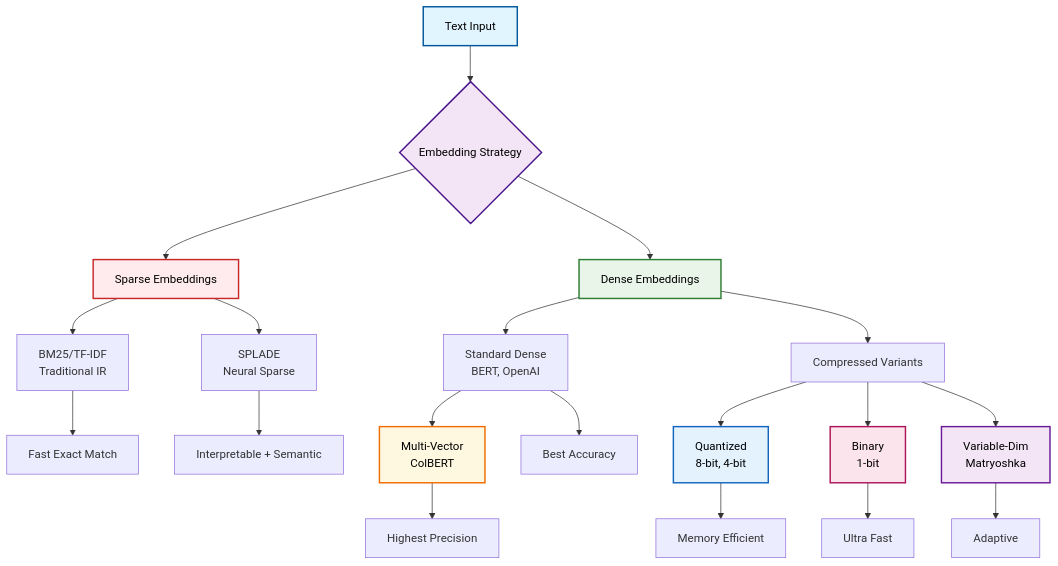
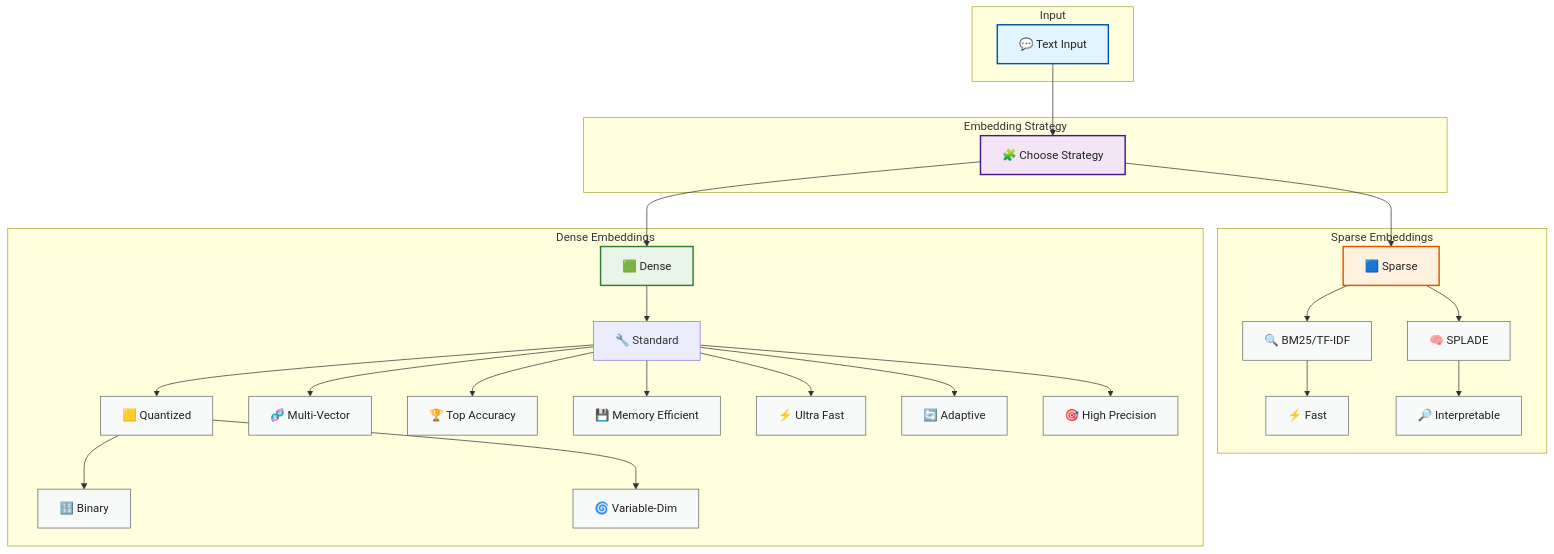
Before and after one commit to raphaelmansuy/tutorials: the first of 2 diagrams in 32_embeddings/03_embedding_types.md, drawn with Mermaid. The commit also changed other lines of this file and 6 other files, not shown here.

````diff
--- a/32_embeddings/03_embedding_types.md
+++ b/32_embeddings/03_embedding_types.md
@@ -20,36 +19,61 @@
 ```mermaid
-graph TD
-    A[Text Input] --> B{Embedding Strategy}
-    
-    B --> C[Sparse Embeddings]
-    B --> D[Dense Embeddings]
-    
-    C --> C1[BM25/TF-IDF<br/>Traditional IR]
-    C --> C2[SPLADE<br/>Neural Sparse]
-    
-    D --> D1[Standard Dense<br/>BERT, OpenAI]
-    D --> D2[Compressed Variants]
-    
-    D2 --> E[Quantized<br/>8-bit, 4-bit]
-    D2 --> F[Binary<br/>1-bit]
-    D2 --> G[Variable-Dim<br/>Matryoshka]
-    
-    D1 --> H[Multi-Vector<br/>ColBERT]
-    
-    C1 --> I[Fast Exact Match]
-    C2 --> J[Interpretable + Semantic]
-    D1 --> K[Best Accuracy]
-    E --> L[Memory Efficient]
-    F --> M[Ultra Fast]
-    G --> N[Adaptive]
-    H --> O[Highest Precision]
-    
-    style A fill:#e1f5fe,stroke:#01579b,stroke-width:2px,color:#000
-    style B fill:#f3e5f5,stroke:#4a148c,stroke-width:2px,color:#000
-    style C fill:#ffebee,stroke:#c62828,stroke-width:2px,color:#000
-    style D fill:#e8f5e8,stroke:#2e7d32,stroke-width:2px,color:#000
-    style E fill:#e3f2fd,stroke:#1565c0,stroke-width:2px,color:#000
-    style F fill:#fce4ec,stroke:#ad1457,stroke-width:2px,color:#000
-    style G fill:#f3e5f5,stroke:#6a1b9a,stroke-width:2px,color:#000
-    style H fill:#fff8e1,stroke:#ef6c00,stroke-width:2px,color:#000
+flowchart TD
+    %% Input and Strategy
+    subgraph "Input"
+        Text[💬 Text Input]
+    end
+    subgraph "Embedding Strategy"
+        Strategy[🧩 Choose Strategy]
+    end
+    %% Sparse Path
+    subgraph "Sparse Embeddings"
+        Sparse[🟦 Sparse]
+        BM25[🔍 BM25/TF-IDF]
+        SPLADE[🧠 SPLADE]
+        Fast[⚡ Fast]
+        Interp[🔎 Interpretable]
+    end
+    %% Dense Path
+    subgraph "Dense Embeddings"
+        Dense[🟩 Dense]
+        StdDense[🔧 Standard]
+        Quant[🟨 Quantized]
+        Binary[🔢 Binary]
+        VarDim[🌀 Variable-Dim]
+        Multi[🧬 Multi-Vector]
+        Best[🏆 Top Accuracy]
+        MemEff[💾 Memory Efficient]
+        Ultra[⚡ Ultra Fast]
+        Adapt[🔄 Adaptive]
+        Precise[🎯 High Precision]
+    end
+    %% Connections
+    Text --> Strategy
+    Strategy --> Sparse
+    Strategy --> Dense
+    Sparse --> BM25
+    Sparse --> SPLADE
+    BM25 --> Fast
+    SPLADE --> Interp
+    Dense --> StdDense
+    StdDense --> Multi
+    StdDense --> Best
+    StdDense --> MemEff
+    StdDense --> Ultra
+    StdDense --> Adapt
+    StdDense --> Precise
+    StdDense --> Quant
+    Quant --> Binary
+    Quant --> VarDim
+    %% Styling
+    classDef input fill:#e1f5fe,stroke:#01579b,stroke-width:2px,color:#222;
+    classDef strategy fill:#f3e5f5,stroke:#4a148c,stroke-width:2px,color:#222;
+    classDef sparse fill:#fff3e0,stroke:#e65100,stroke-width:2px,color:#222;
+    classDef dense fill:#e8f5e8,stroke:#2e7d32,stroke-width:2px,color:#222;
+    classDef detail fill:#f8f9f9,stroke:#616a6b,stroke-width:1px,color:#222;
+    class Text input;
+    class Strategy strategy;
+    class Sparse sparse;
+    class Dense dense;
+    class BM25,SPLADE,Fast,Interp,Quant,Binary,VarDim,Multi,Best,MemEff,Ultra,Adapt,Precise detail;
 ```
````
